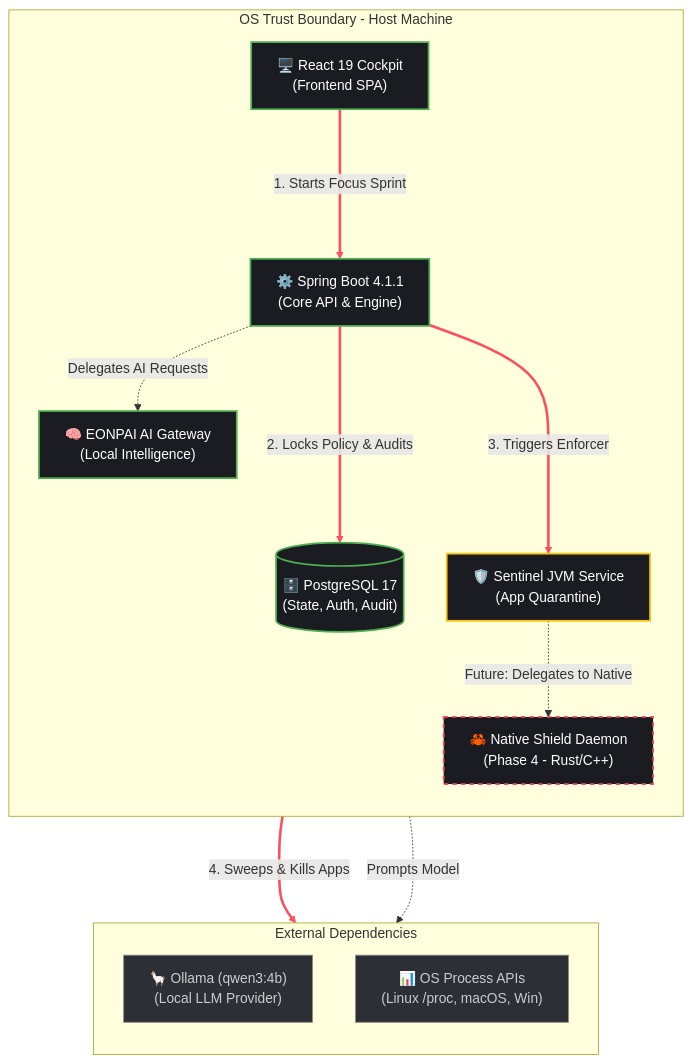
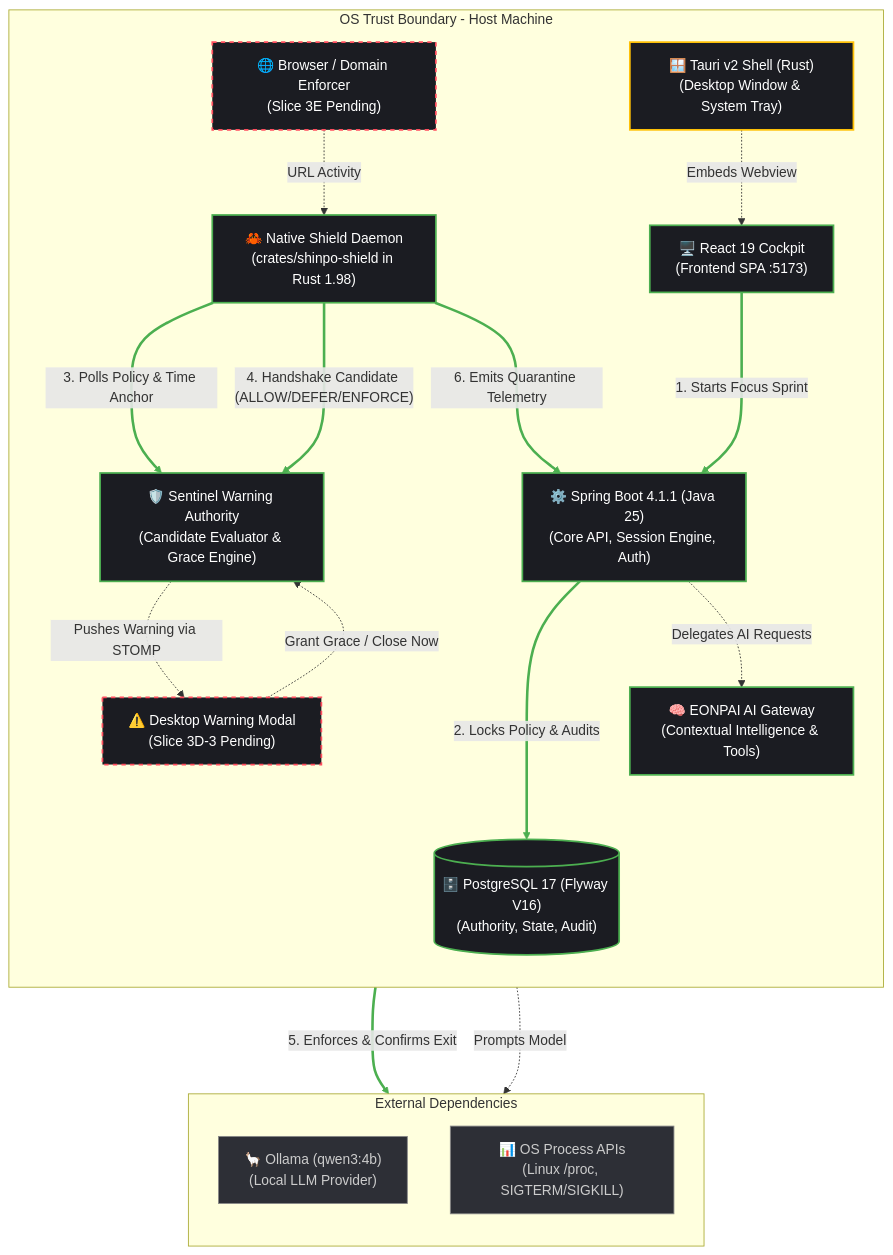
Before and after one commit to ronartz/SHINPO: the diagram in .planning/ARCHITECTURE_REMAINING.md, drawn with Mermaid. The commit also changed other lines of this file and 26 other files, not shown here.

````diff
--- a/.planning/ARCHITECTURE_REMAINING.md
+++ b/.planning/ARCHITECTURE_REMAINING.md
@@ -9,45 +12,52 @@
 ```mermaid
 flowchart TD
     %% Core Components
     subgraph OS_Trust_Boundary [OS Trust Boundary - Host Machine]
         direction TB
-        ReactUI["🖥️ React 19 Cockpit\n(Frontend SPA)"]
-        BootBackend["⚙️ Spring Boot 4.1.1\n(Core API & Engine)"]
-        PostgresDB[("🗄️ PostgreSQL 17\n(State, Auth, Audit)")]
-        SentinelService["🛡️ Sentinel JVM Service\n(App Quarantine)"]
-        EONPAI["🧠 EONPAI AI Gateway\n(Local Intelligence)"]
-        NativeShield["🦀 Native Shield Daemon\n(Phase 4 - Rust/C++)"]
+        ReactUI["🖥️ React 19 Cockpit\n(Frontend SPA :5173)"]
+        TauriShell["🪟 Tauri v2 Shell (Rust)\n(Desktop Window & System Tray)"]
+        BootBackend["⚙️ Spring Boot 4.1.1 (Java 25)\n(Core API, Session Engine, Auth)"]
+        PostgresDB[("🗄️ PostgreSQL 17 (Flyway V16)\n(Authority, State, Audit)")]
+        SentinelService["🛡️ Sentinel Warning Authority\n(Candidate Evaluator & Grace Engine)"]
+        NativeShield["🦀 Native Shield Daemon\n(crates/shinpo-shield in Rust 1.98)"]
+        EONPAI["🧠 EONPAI AI Gateway\n(Contextual Intelligence & Tools)"]
+        WarningModal["⚠️ Desktop Warning Modal\n(Slice 3D-3 Pending)"]
+        BrowserEnforcer["🌐 Browser / Domain Enforcer\n(Slice 3E Pending)"]
     end
 
     %% External Dependencies
     subgraph External_Deps [External Dependencies]
         direction TB
         OllamaLocal["🦙 Ollama (qwen3:4b)\n(Local LLM Provider)"]
-        OSProcessAPI["📊 OS Process APIs\n(Linux /proc, macOS, Win)"]
+        OSProcessAPI["📊 OS Process APIs\n(Linux /proc, SIGTERM/SIGKILL)"]
     end
 
     %% Primary Path Highlight (Focus Sprint & Enforcement)
     ReactUI == "1. Starts Focus Sprint" ===> BootBackend
     BootBackend == "2. Locks Policy & Audits" ===> PostgresDB
-    BootBackend == "3. Triggers Enforcer" ===> SentinelService
-    SentinelService == "4. Sweeps & Kills Apps" ===> OSProcessAPI
+    NativeShield == "3. Polls Policy & Time Anchor" ===> SentinelService
+    NativeShield == "4. Handshake Candidate (ALLOW/DEFER/ENFORCE)" ===> SentinelService
+    NativeShield == "5. Enforces & Confirms Exit" ===> OSProcessAPI
+    NativeShield == "6. Emits Quarantine Telemetry" ===> BootBackend
     
-    %% Other Edges
+    %% Warning & Future Paths
+    SentinelService -. "Pushes Warning via STOMP" .-> WarningModal
+    WarningModal -. "Grant Grace / Close Now" .-> SentinelService
+    BrowserEnforcer -. "URL Activity" .-> NativeShield
     BootBackend -. "Delegates AI Requests" .-> EONPAI
     EONPAI -. "Prompts Model" .-> OllamaLocal
-    SentinelService -. "Future: Delegates to Native" .-> NativeShield
+    TauriShell -. "Embeds Webview" .-> ReactUI
 
-    %% Styling for Status
+    %% Styling
     classDef done fill:#1B1C22,stroke:#4CAF50,stroke-width:2px,color:white;
     classDef partial fill:#1B1C22,stroke:#FFC107,stroke-width:2px,color:white;
     classDef remaining fill:#1B1C22,stroke:#FF4D5E,stroke-width:2px,stroke-dasharray: 5 5,color:white;
     classDef ext fill:#2D2F36,stroke:#888,stroke-width:1px,color:#CCC;
 
-    class ReactUI,BootBackend,PostgresDB,EONPAI done;
-    class SentinelService partial;
-    class NativeShield remaining;
+    class ReactUI,BootBackend,PostgresDB,SentinelService,NativeShield,EONPAI done;
+    class TauriShell partial;
+    class WarningModal,BrowserEnforcer remaining;
     class OllamaLocal,OSProcessAPI ext;
 
-    %% Link Styling for Primary Path
-    linkStyle 0,1,2,3 stroke:#FF4D5E,stroke-width:3px;
+    linkStyle 0,1,2,3,4,5 stroke:#4CAF50,stroke-width:3px;
 ```
````
